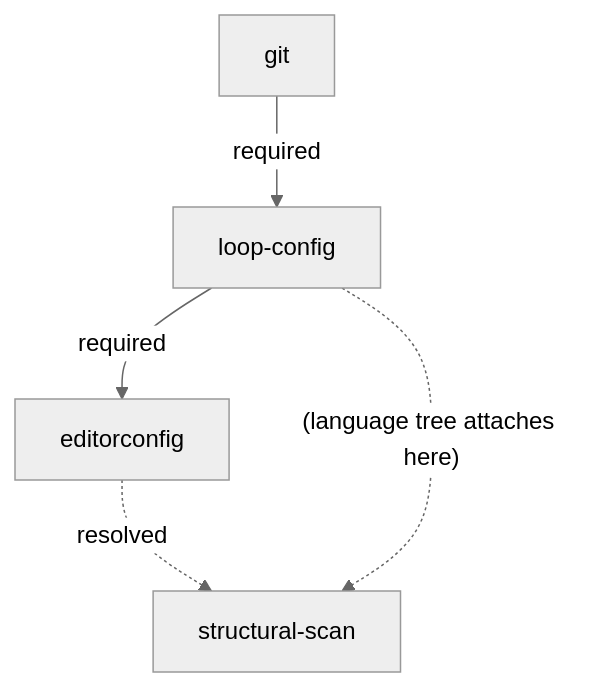
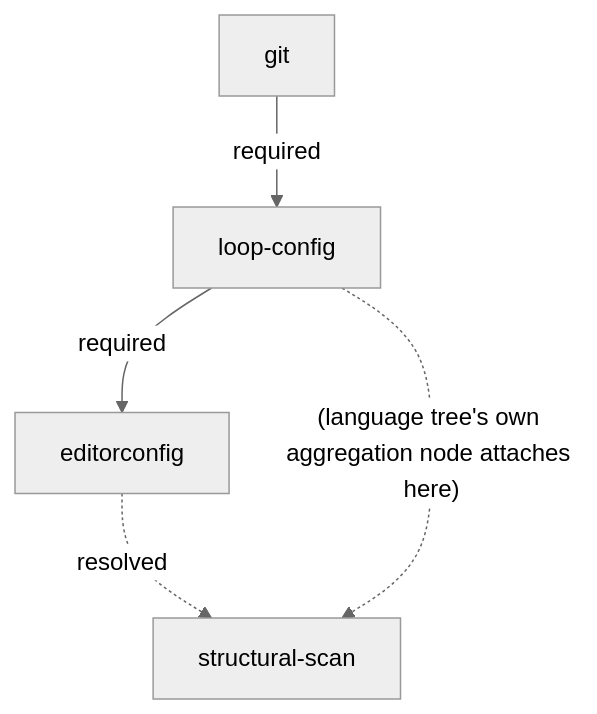
Before and after one commit to Art4/continuous-refactoring: the diagram in skills/refactor-scan/references/tooling-tree.md, drawn with Mermaid (neutral theme). The commit also changed other lines of this file and 5 other files, not shown here.

````diff
--- a/skills/refactor-scan/references/tooling-tree.md
+++ b/skills/refactor-scan/references/tooling-tree.md
@@ -7,12 +7,12 @@
 ```mermaid
 graph TD
     git[git]
     lc[loop-config]
     edc[editorconfig]
     ss[structural-scan]
 
     git -->|required| lc
     lc -->|required| edc
     edc -.->|resolved| ss
-    lc -.->|"(language tree attaches here)"| ss
+    lc -.->|"(language tree's own aggregation node attaches here)"| ss
 ```
````
